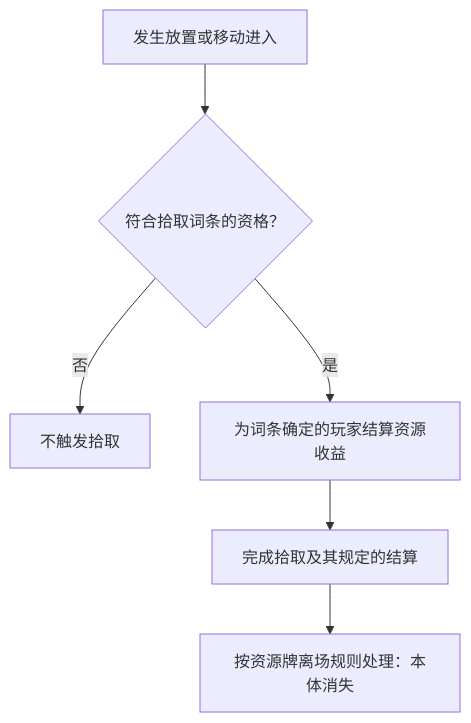
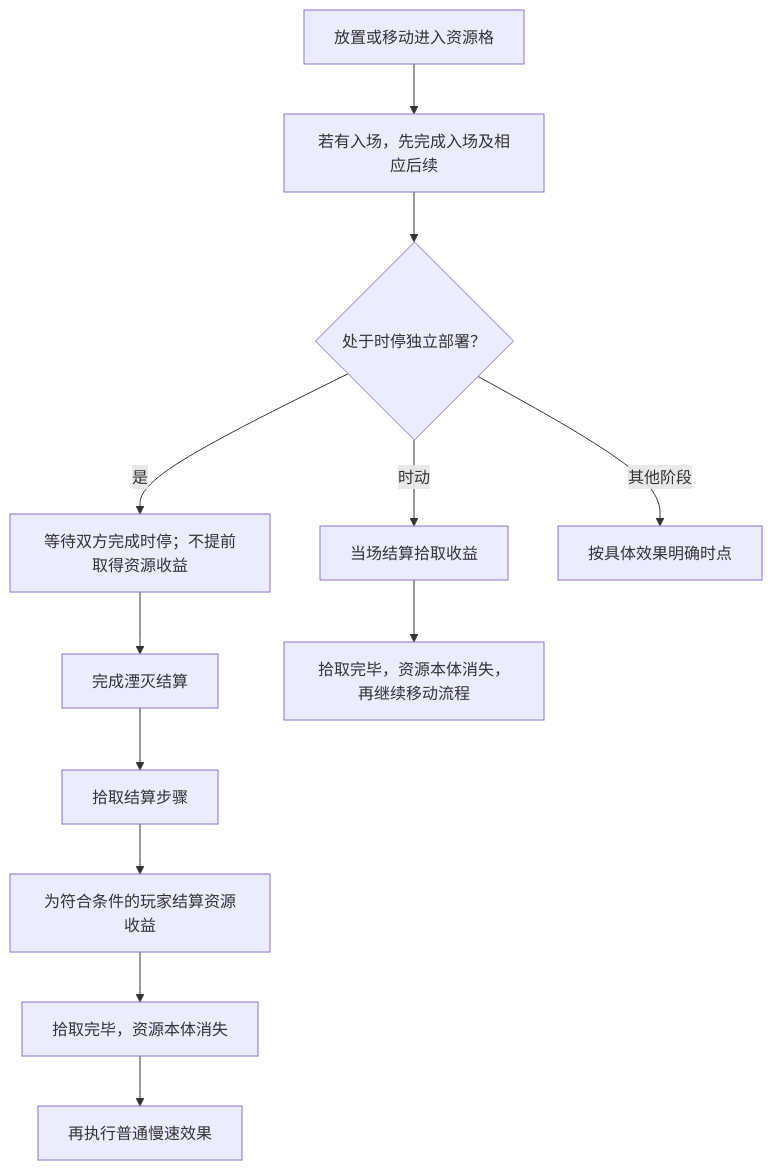
One commit to Time-Block-Hero/tbh-website changed the sixth of 6 diagrams in docs/rules/common/lifecycle.md. Above: the diagram before and after it, drawn with Mermaid. The commit also changed other lines of this file and 26 other files, not shown here.

````diff
--- a/docs/rules/common/lifecycle.md
+++ b/docs/rules/common/lifecycle.md
@@ -405,8 +409,14 @@
 ```mermaid
 flowchart TD
-  enter["发生放置或移动进入"] --> eligible{"符合拾取词条的资格？"}
-  eligible -->|否| stay["不触发拾取"]
-  eligible -->|是| effect["为词条确定的玩家结算资源收益"]
-  effect --> done["完成拾取及其规定的结算"]
-  done --> disappear["按资源牌离场规则处理：本体消失"]
+  enter["放置或移动进入资源格"] --> entry["若有入场，先完成入场及相应后续"]
+  entry --> stop{"处于时停独立部署？"}
+  stop -->|是| wait["等待双方完成时停；不提前取得资源收益"]
+  wait --> annihilate["完成湮灭结算"]
+  annihilate --> pickup["拾取结算步骤"]
+  pickup --> effect["为符合条件的玩家结算资源收益"]
+  effect --> gone["拾取完毕，资源本体消失"]
+  gone --> slow["再执行普通慢速效果"]
+  stop -->|时动| immediate["当场结算拾取收益"]
+  immediate --> immediateGone["拾取完毕，资源本体消失，再继续移动流程"]
+  stop -->|其他阶段| pending["按具体效果明确时点"]
 ```
````
